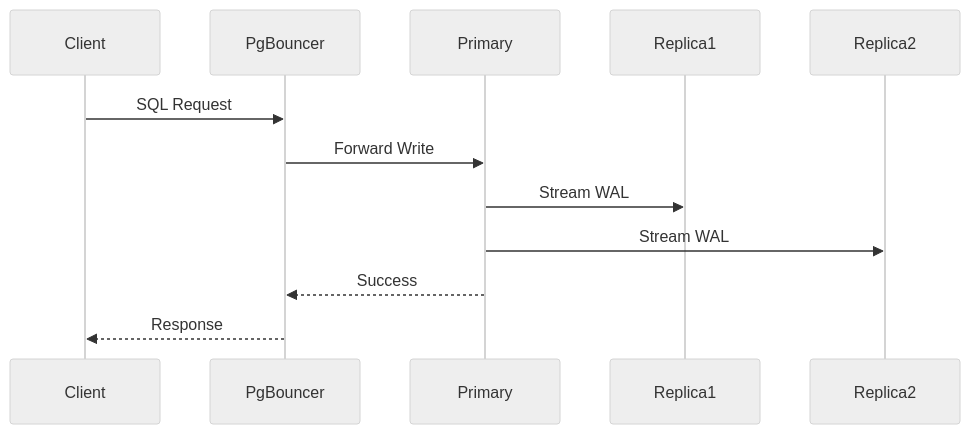
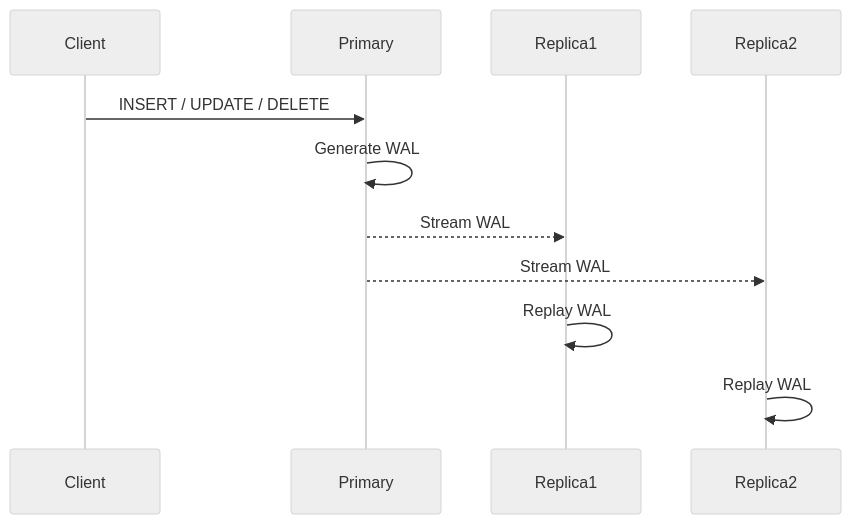
One commit to vDhinithya/PostgresOps changed the second of 4 diagrams in docs/architecture.md. Above: the diagram before and after it, drawn with Mermaid (neutral theme). The commit also changed other lines of this file and 9 other files, not shown here.

````diff
--- a/docs/architecture.md
+++ b/docs/architecture.md
@@ -250,21 +64,20 @@
 ```mermaid
 sequenceDiagram
 
 participant Client
-participant PgBouncer
 participant Primary
 participant Replica1
 participant Replica2
 
-Client->>PgBouncer: SQL Request
+Client->>Primary: INSERT / UPDATE / DELETE
 
-PgBouncer->>Primary: Forward Write
+Primary->>Primary: Generate WAL
 
-Primary->>Replica1: Stream WAL
+Primary-->>Replica1: Stream WAL
 
-Primary->>Replica2: Stream WAL
+Primary-->>Replica2: Stream WAL
 
-Primary-->>PgBouncer: Success
+Replica1->>Replica1: Replay WAL
 
-PgBouncer-->>Client: Response
+Replica2->>Replica2: Replay WAL
 ```
````
